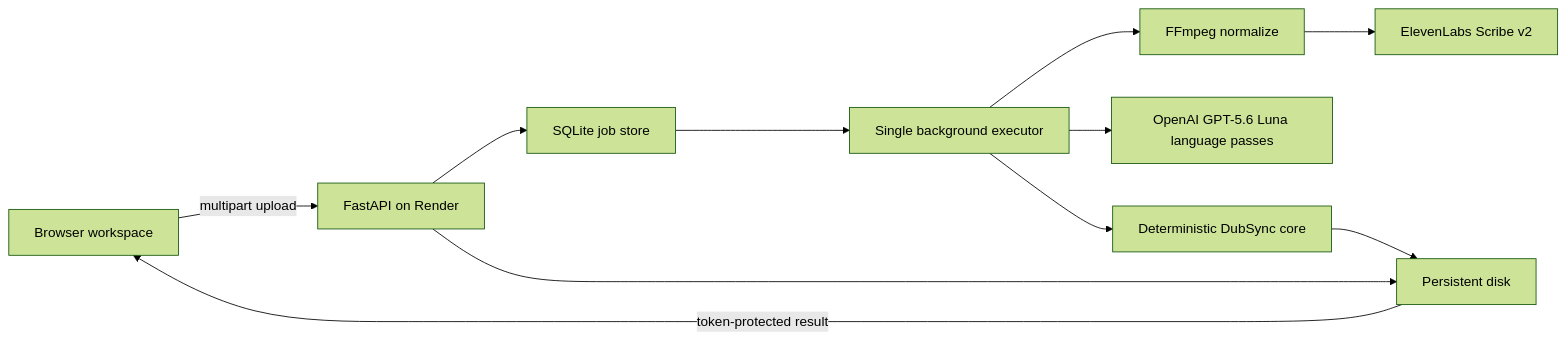
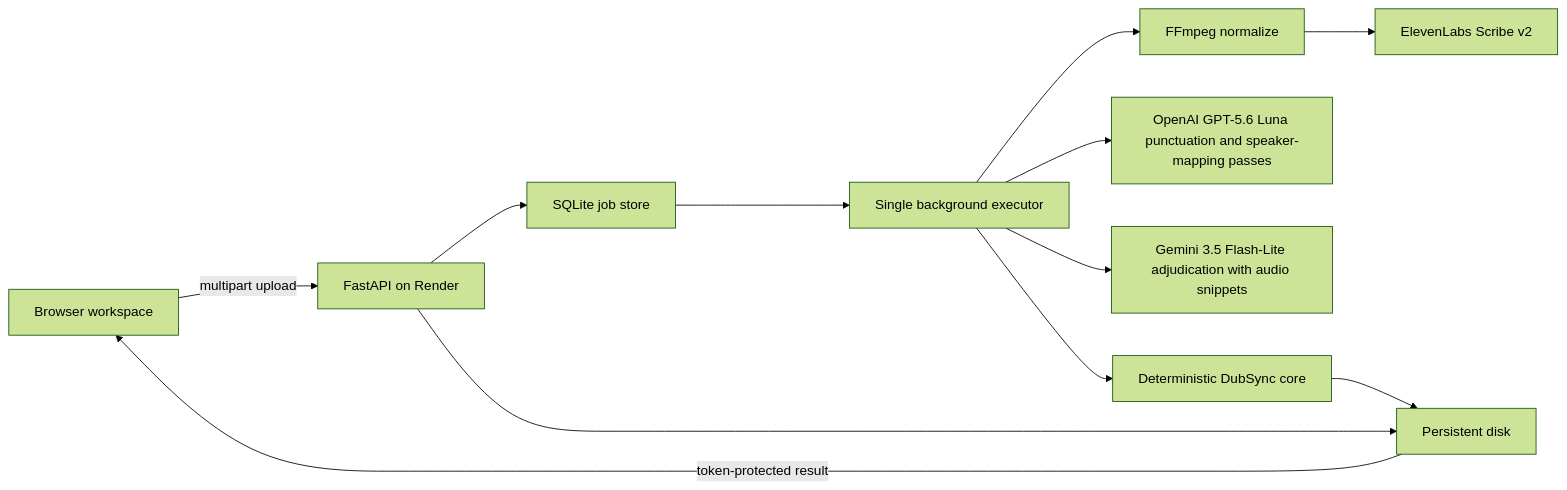
Before and after one commit to feelinglocal/DubSync: the diagram in docs/COMMERCIAL_PLAN.md, drawn with Mermaid (forest theme). The commit also changed other lines of this file and 24 other files, not shown here.

Commit message:
fix: restore audio-aware adjudication safeguards

````diff
--- a/docs/COMMERCIAL_PLAN.md
+++ b/docs/COMMERCIAL_PLAN.md
@@ -62,13 +62,14 @@
 ```mermaid
 flowchart LR
     B["Browser workspace"] -->|"multipart upload"| A["FastAPI on Render"]
     A --> J["SQLite job store"]
     A --> D["Persistent disk"]
     J --> W["Single background executor"]
     W --> F["FFmpeg normalize"]
     F --> E["ElevenLabs Scribe v2"]
-    W --> G["OpenAI GPT-5.6 Luna language passes"]
+    W --> G["OpenAI GPT-5.6 Luna punctuation and speaker-mapping passes"]
+    W --> H["Gemini 3.5 Flash-Lite adjudication with audio snippets"]
     W --> C["Deterministic DubSync core"]
     C --> D
     D -->|"token-protected result"| B
 ```
````
